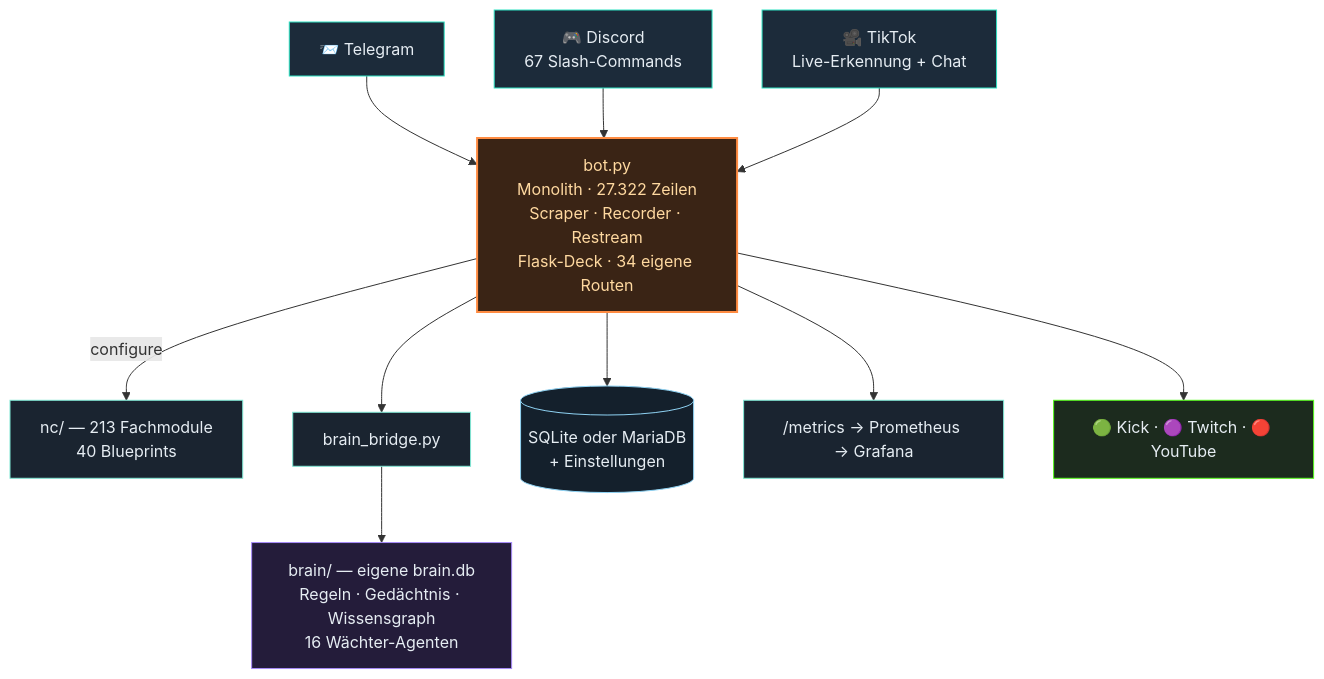
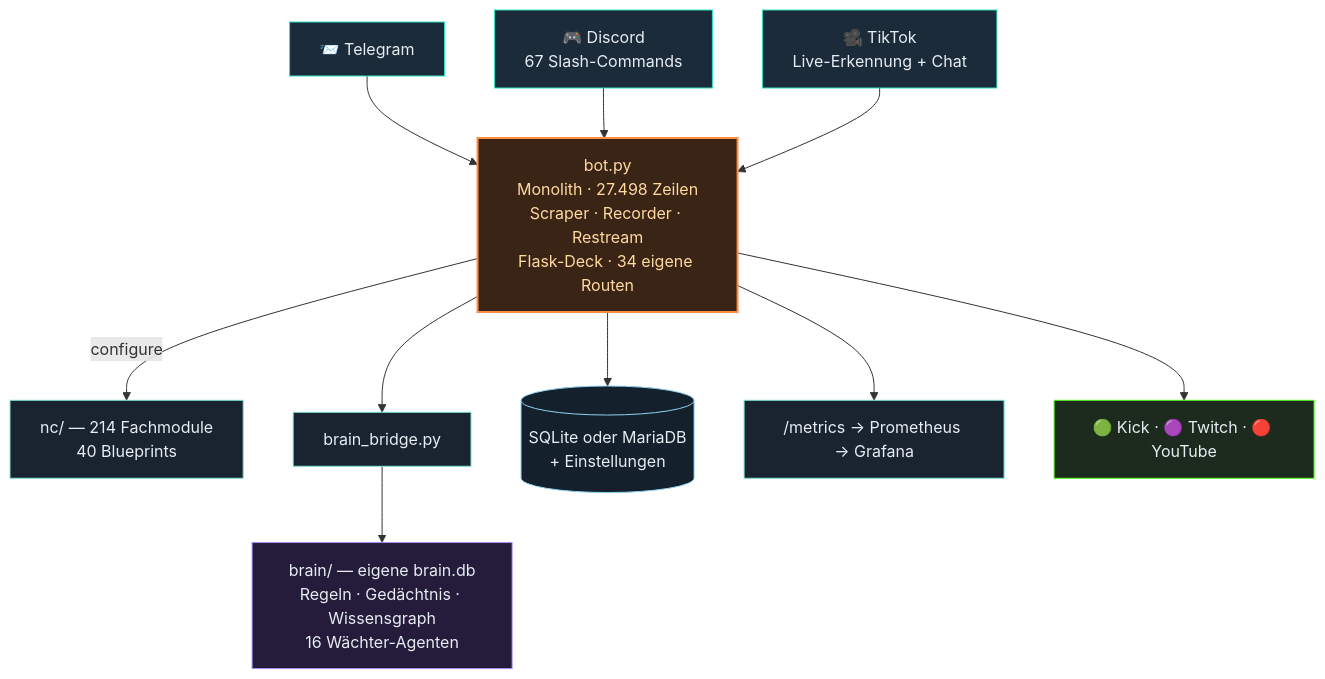
One commit to itsamemedev/Telegram-Stream-Info-Bot changed the second of 3 diagrams in README.md. Above: the diagram before and after it, drawn with Mermaid. The commit also changed other lines of this file and 33 other files, not shown here.

````diff
--- a/README.md
+++ b/README.md
@@ -118,19 +118,19 @@
 ```mermaid
 flowchart TB
     TG["📨 Telegram"]:::ein --> BOT
     DC["🎮 Discord<br/>67 Slash-Commands"]:::ein --> BOT
     TT["🎥 TikTok<br/>Live-Erkennung + Chat"]:::ein --> BOT
-    BOT["bot.py<br/>Monolith · 27.322 Zeilen<br/>Scraper · Recorder · Restream<br/>Flask-Deck · 34 eigene Routen"]:::core
-    BOT -->|configure| NC["nc/ — 213 Fachmodule<br/>40 Blueprints"]:::lib
+    BOT["bot.py<br/>Monolith · 27.498 Zeilen<br/>Scraper · Recorder · Restream<br/>Flask-Deck · 34 eigene Routen"]:::core
+    BOT -->|configure| NC["nc/ — 214 Fachmodule<br/>40 Blueprints"]:::lib
     BOT --> BR["brain_bridge.py"]:::lib
     BR --> BRAIN["brain/ — eigene brain.db<br/>Regeln · Gedächtnis · Wissensgraph<br/>16 Wächter-Agenten"]:::brain
     BOT --> DB[("SQLite oder MariaDB<br/>+ Einstellungen")]:::db
     BOT --> PROM["/metrics → Prometheus → Grafana"]:::lib
     BOT --> OUT["🟢 Kick · 🟣 Twitch · 🔴 YouTube"]:::out
     classDef ein fill:#1c2b3a,stroke:#2de1c2,color:#e6edf3
     classDef core fill:#3a2415,stroke:#ff8c42,stroke-width:2px,color:#ffd9a0
     classDef lib fill:#1a2430,stroke:#7fe7d4,color:#e6edf3
     classDef brain fill:#241c3a,stroke:#a78bfa,color:#e6edf3
     classDef db fill:#14202c,stroke:#8fd3f4,color:#e6edf3
     classDef out fill:#1c2b1e,stroke:#53fc18,color:#e6edf3
 ```
````
